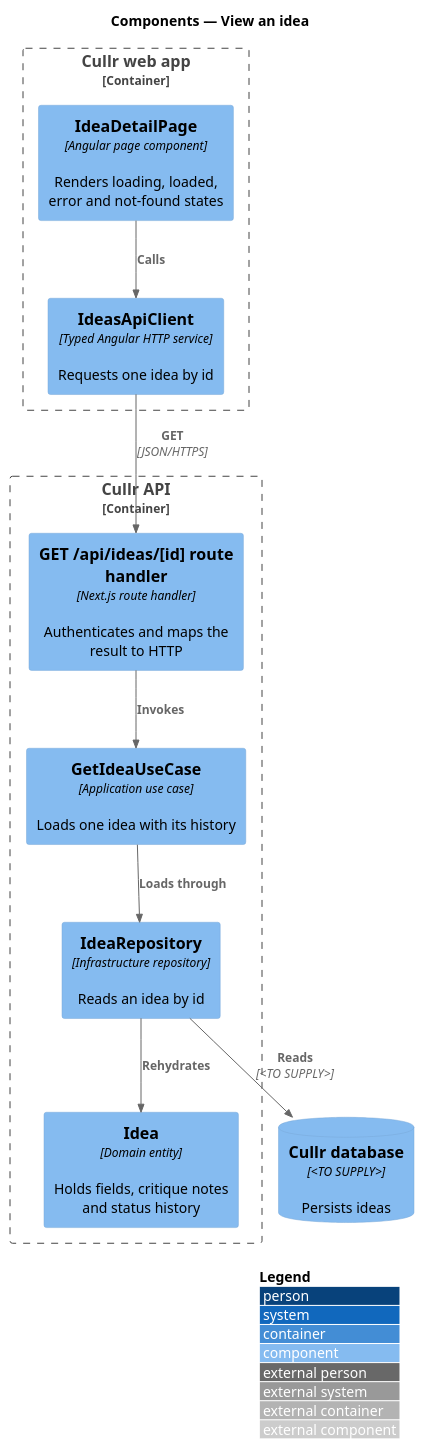
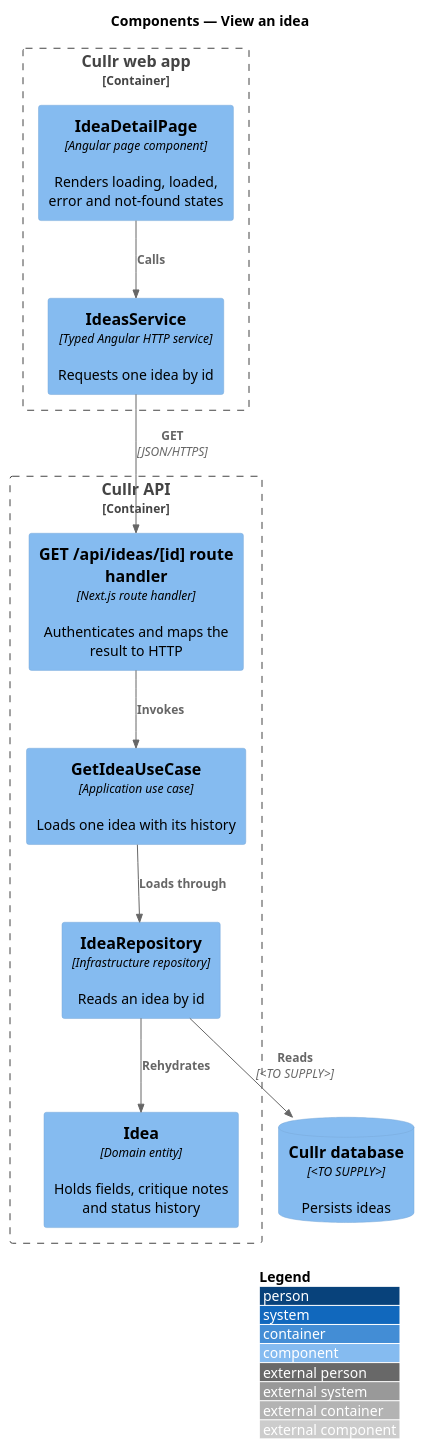
Before and after one commit to QuinntyneBrown/cullr: the diagram in docs/detailed-designs/ideas/view-idea/diagrams/c4-component.puml, drawn with PlantUML. The commit also changed 231 other files, not shown here.

```diff
--- a/docs/detailed-designs/ideas/view-idea/diagrams/c4-component.puml
+++ b/docs/detailed-designs/ideas/view-idea/diagrams/c4-component.puml
@@ -1,24 +1,24 @@
 @startuml
 !include <C4/C4_Component>
 LAYOUT_WITH_LEGEND()
 title Components — View an idea
 
 Container_Boundary(spa, "Cullr web app") {
   Component(page, "IdeaDetailPage", "Angular page component", "Renders loading, loaded, error and not-found states")
-  Component(client, "IdeasApiClient", "Typed Angular HTTP service", "Requests one idea by id")
+  Component(client, "IdeasService", "Typed Angular HTTP service", "Requests one idea by id")
 }
 Container_Boundary(api, "Cullr API") {
   Component(route, "GET /api/ideas/[id] route handler", "Next.js route handler", "Authenticates and maps the result to HTTP")
   Component(usecase, "GetIdeaUseCase", "Application use case", "Loads one idea with its history")
   Component(entity, "Idea", "Domain entity", "Holds fields, critique notes and status history")
   Component(repo, "IdeaRepository", "Infrastructure repository", "Reads an idea by id")
 }
 ComponentDb(db, "Cullr database", "<TO SUPPLY>", "Persists ideas")
 
 Rel(page, client, "Calls")
 Rel(client, route, "GET", "JSON/HTTPS")
 Rel(route, usecase, "Invokes")
 Rel(usecase, repo, "Loads through")
 Rel(repo, entity, "Rehydrates")
 Rel(repo, db, "Reads", "<TO SUPPLY>")
 @enduml
```
